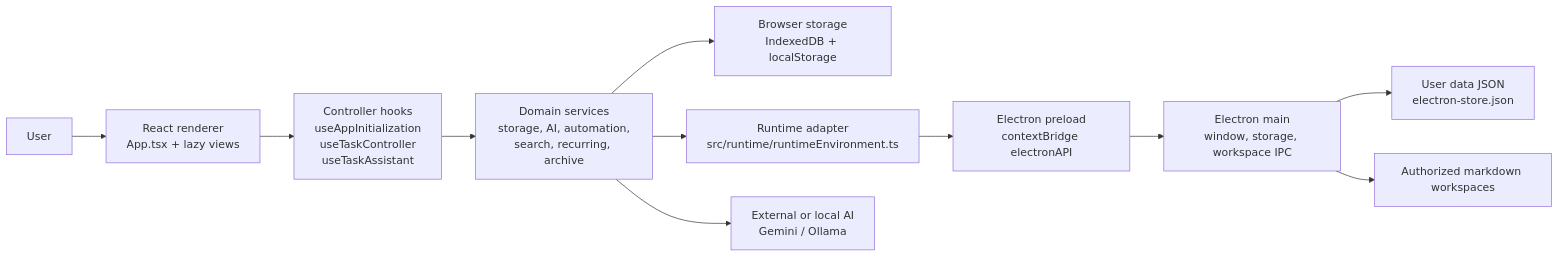
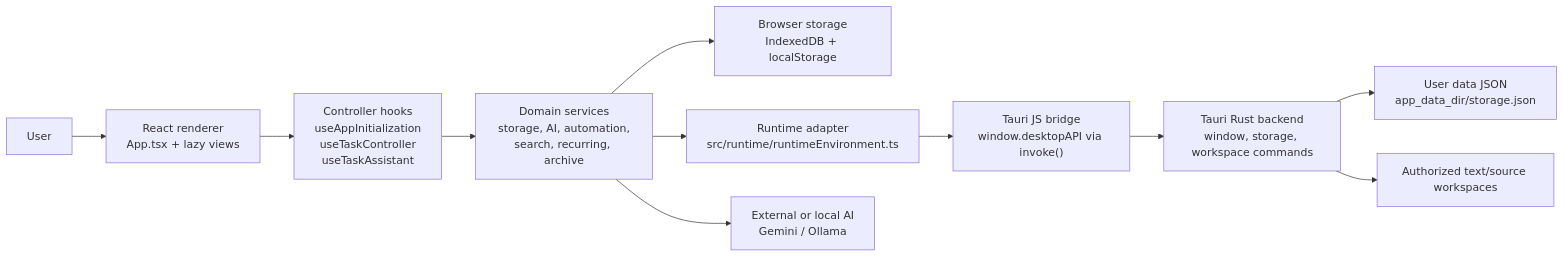
One commit to bharathvbcr/LiquiTask changed the second of 5 diagrams in README.md. Above: the diagram before and after it, drawn with Mermaid. The commit also changed other lines of this file and 36 other files, not shown here.

First line of the commit message:
feat: migrate desktop shell from Electron to Tauri 2

````diff
--- a/README.md
+++ b/README.md
@@ -116,13 +117,13 @@
 ```mermaid
 flowchart LR
   User["User"] --> UI["React renderer\nApp.tsx + lazy views"]
   UI --> Hooks["Controller hooks\nuseAppInitialization\nuseTaskController\nuseTaskAssistant"]
   Hooks --> Services["Domain services\nstorage, AI, automation,\nsearch, recurring, archive"]
   Services --> BrowserStore["Browser storage\nIndexedDB + localStorage"]
   Services --> Runtime["Runtime adapter\nsrc/runtime/runtimeEnvironment.ts"]
-  Runtime --> Preload["Electron preload\ncontextBridge electronAPI"]
-  Preload --> Main["Electron main\nwindow, storage, workspace IPC"]
-  Main --> NativeStore["User data JSON\nelectron-store.json"]
-  Main --> Workspace["Authorized markdown workspaces"]
+  Runtime --> Bridge["Tauri JS bridge\nwindow.desktopAPI via invoke()"]
+  Bridge --> Backend["Tauri Rust backend\nwindow, storage, workspace commands"]
+  Backend --> NativeStore["User data JSON\napp_data_dir/storage.json"]
+  Backend --> Workspace["Authorized text/source workspaces"]
   Services --> Providers["External or local AI\nGemini / Ollama"]
 ```
````
